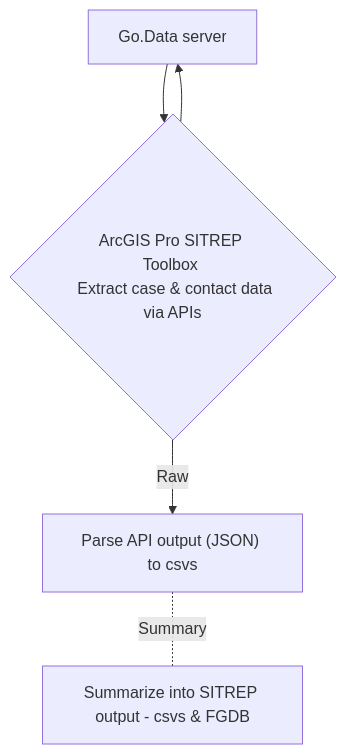
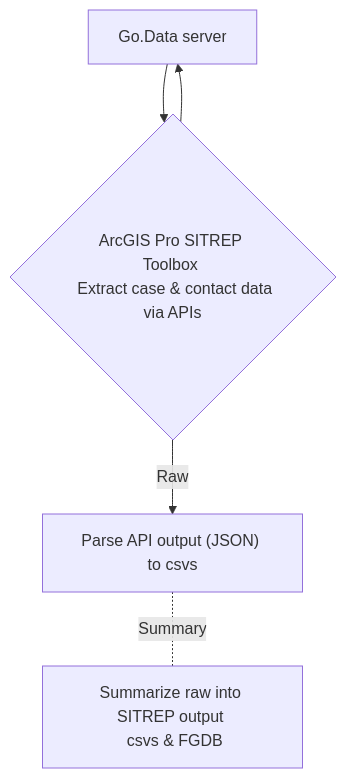
One commit to LangsterGA/mermaid changed the diagram in README.md. Above: the diagram before and after it, drawn with Mermaid.

````diff
--- a/README.md
+++ b/README.md
@@ -3,7 +3,7 @@
 ```mermaid
   graph TD
     A[Go.Data server]--> B{ArcGIS Pro SITREP Toolbox <br/> Extract case & contact data<br/>via APIs};
     B-->A
     B -->|Raw| C["Parse API output (JSON) to csvs"];
-    C-.-|Summary| D[Summarize into SITREP output - csvs & FGDB]; 
+    C-.-|Summary| D[Summarize raw into SITREP output <br/> csvs & FGDB]; 
 ```
````
